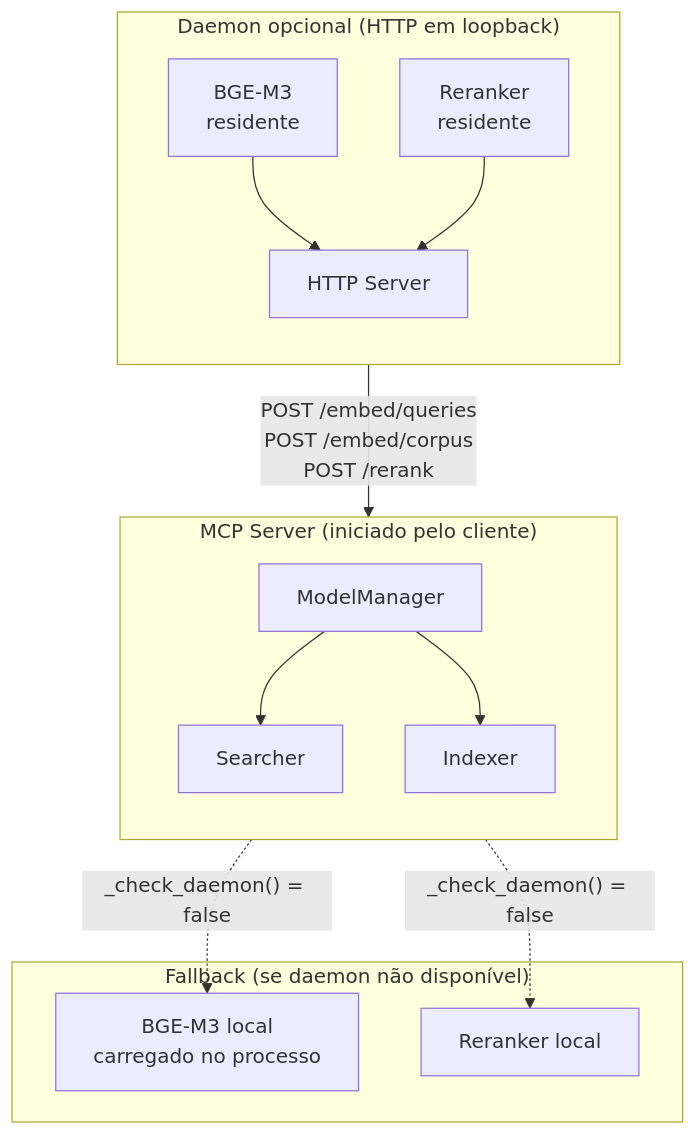
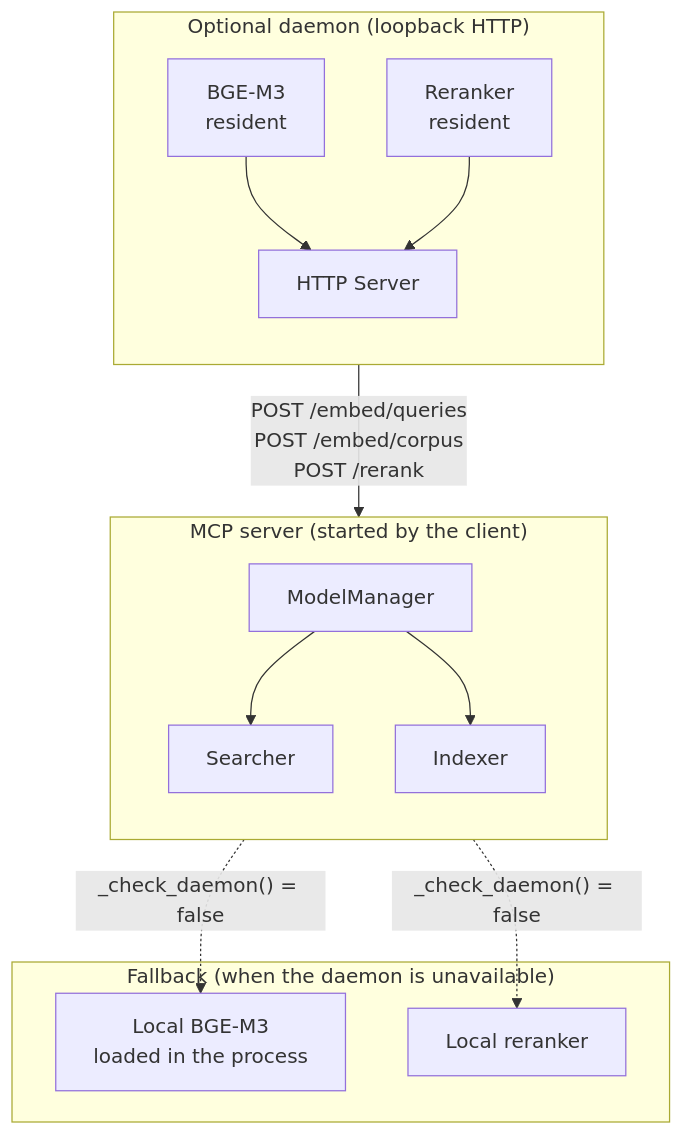
The first of 6 diagrams in docs/architecture/diagrams-daemon.md (everton-dgn/vault-search-mcp), drawn with Mermaid before and after one commit. The commit also changed other lines of this file and 200 other files, not shown here.

````diff
--- a/docs/architecture/diagrams-daemon.md
+++ b/docs/architecture/diagrams-daemon.md
@@ -5,30 +5,30 @@
 ```mermaid
 flowchart TB
-    subgraph Daemon["Daemon opcional (HTTP em loopback)"]
+    subgraph Daemon["Optional daemon (loopback HTTP)"]
         direction TB
-        BGE["BGE-M3<br/>residente"]
-        RR["Reranker<br/>residente"]
+        BGE["BGE-M3<br/>resident"]
+        RR["Reranker<br/>resident"]
         HTTP[HTTP Server]
         BGE --> HTTP
         RR --> HTTP
     end
 
-    subgraph MCP["MCP Server (iniciado pelo cliente)"]
+    subgraph MCP["MCP server (started by the client)"]
         direction TB
         MM[ModelManager]
         SE[Searcher]
         IX[Indexer]
         MM --> SE
         MM --> IX
     end
 
     HTTP -->|"POST /embed/queries<br/>POST /embed/corpus<br/>POST /rerank"| MM
 
-    subgraph Fallback["Fallback (se daemon não disponível)"]
-        LocalBGE["BGE-M3 local<br/>carregado no processo"]
-        LocalRR["Reranker local"]
+    subgraph Fallback["Fallback (when the daemon is unavailable)"]
+        LocalBGE["Local BGE-M3<br/>loaded in the process"]
+        LocalRR["Local reranker"]
     end
 
     MM -.->|"_check_daemon() = false"| LocalBGE
     MM -.->|"_check_daemon() = false"| LocalRR
 ```
````
